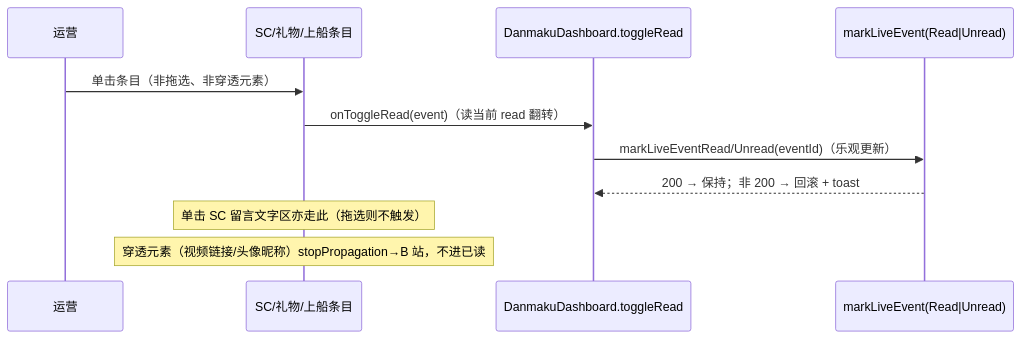
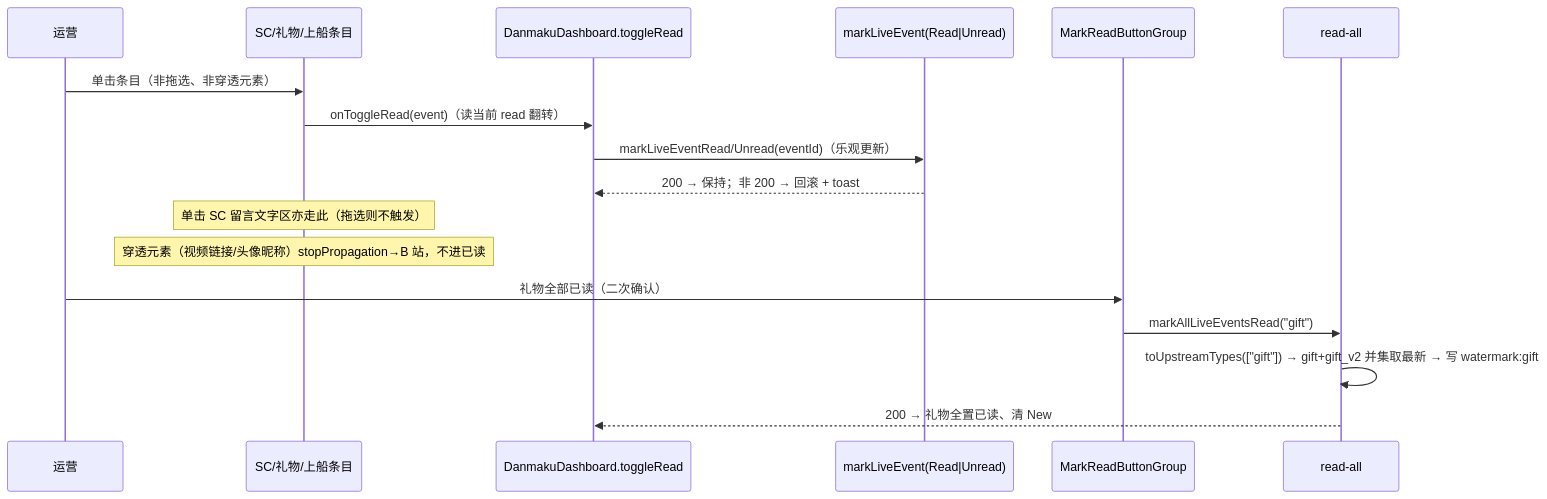
The second of 2 diagrams in docs/engineering/proposals/2026-08-23-danmaku-read-optimization-proposal.md (Deliay/sumire), drawn with Mermaid before and after one commit. The commit also changed other lines of this file and 1 other file, not shown here.

Commit message:
docs: 礼物纳入「全部已读」——契约/enum/后端 READ_ALL_TYPES/前端按钮组同步（PRD + 提案返工）

````diff
--- a/docs/engineering/proposals/2026-08-23-danmaku-read-optimization-proposal.md
+++ b/docs/engineering/proposals/2026-08-23-danmaku-read-optimization-proposal.md
@@ -91,13 +115,19 @@
 ```mermaid
 sequenceDiagram
     participant U as 运营
     participant ITEM as SC/礼物/上船条目
     participant DASH as DanmakuDashboard.toggleRead
     participant API as markLiveEvent(Read|Unread)
+    participant GRP as MarkReadButtonGroup
+    participant API2 as read-all
     U->>ITEM: 单击条目（非拖选、非穿透元素）
     ITEM->>DASH: onToggleRead(event)（读当前 read 翻转）
     DASH->>API: markLiveEventRead/Unread(eventId)（乐观更新）
     API-->>DASH: 200 → 保持；非 200 → 回滚 + toast
     Note over ITEM: 单击 SC 留言文字区亦走此（拖选则不触发）
     Note over ITEM: 穿透元素（视频链接/头像昵称）stopPropagation→B 站，不进已读
+    U->>GRP: 礼物全部已读（二次确认）
+    GRP->>API2: markAllLiveEventsRead("gift")
+    API2->>API2: toUpstreamTypes(["gift"]) → gift+gift_v2 并集取最新 → 写 watermark:gift
+    API2-->>DASH: 200 → 礼物全置已读、清 New
 ```
````
